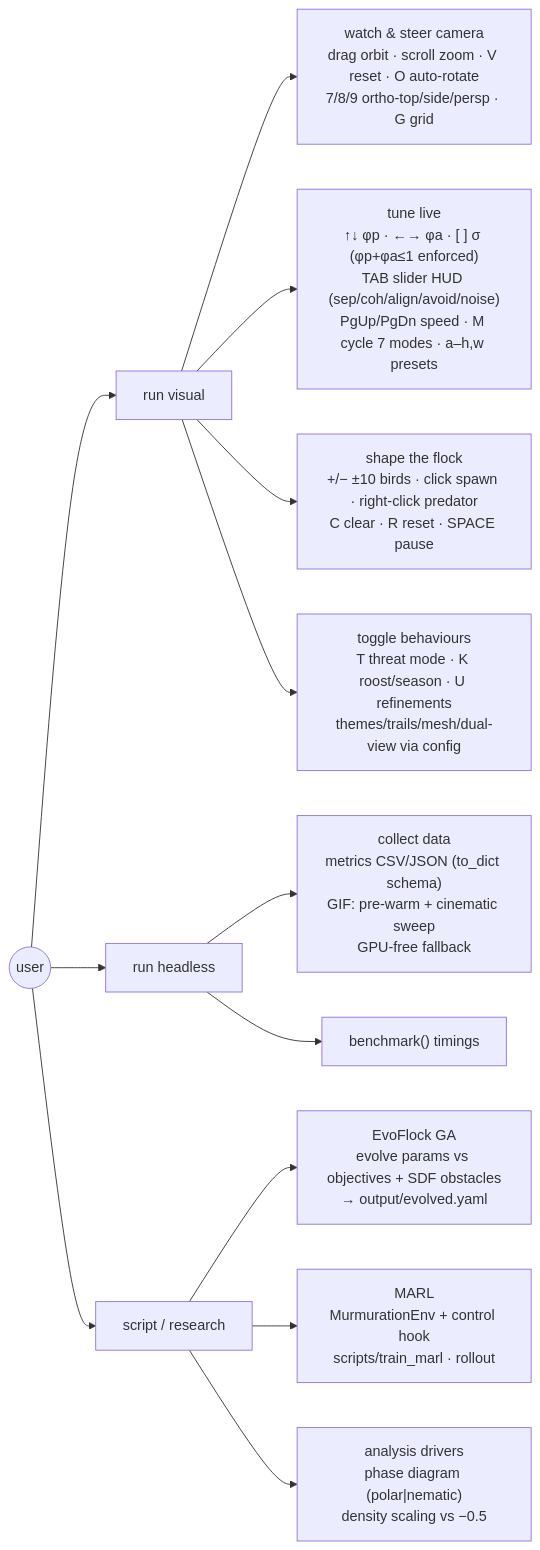
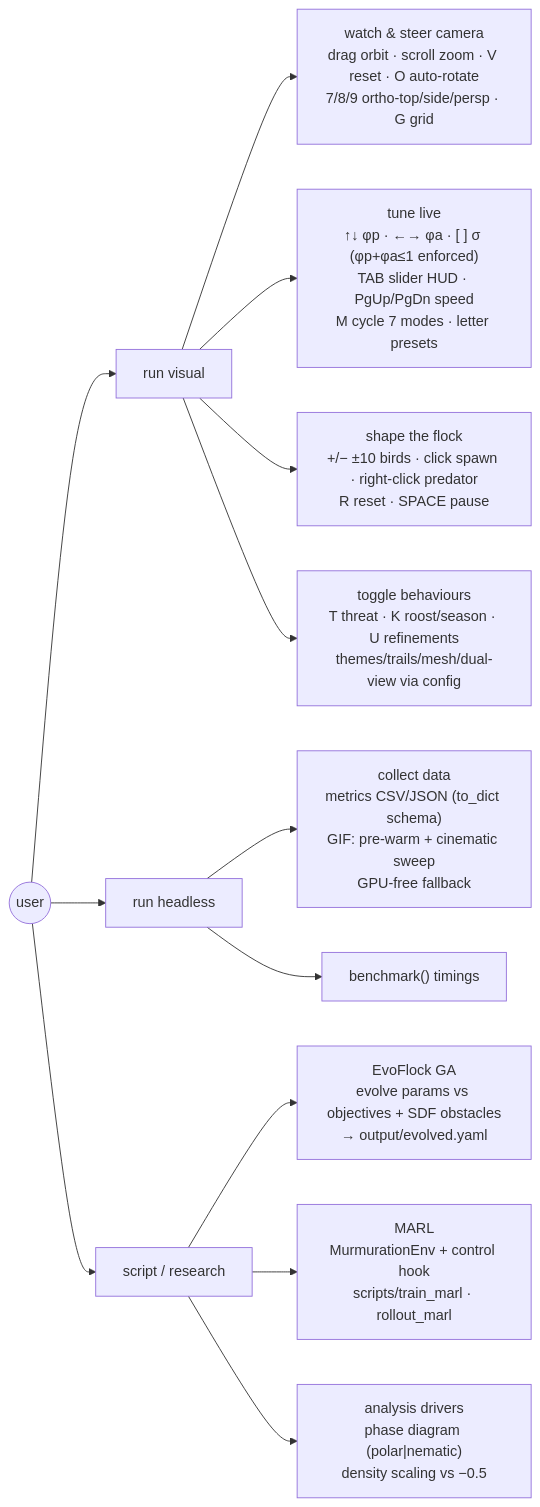
Before and after one commit to tralev/pymurmur: the third of 3 diagrams in arch.md, drawn with Mermaid. The commit also changed other lines of this file and 305 other files, not shown here.

````diff
--- a/arch.md
+++ b/arch.md
@@ -432,18 +477,18 @@
 ```mermaid
 flowchart LR
     U((user)) --> RUNV["run visual"]
     U --> RUNH["run headless"]
     U --> SCRIPT["script / research"]
 
     RUNV --> WATCH["watch & steer camera<br/>drag orbit · scroll zoom · V reset · O auto-rotate<br/>7/8/9 ortho-top/side/persp · G grid"]
-    RUNV --> TUNE["tune live<br/>↑↓ φp · ←→ φa · [ ] σ (φp+φa≤1 enforced)<br/>TAB slider HUD (sep/coh/align/avoid/noise)<br/>PgUp/PgDn speed · M cycle 7 modes · a–h,w presets"]
-    RUNV --> POP["shape the flock<br/>+/− ±10 birds · click spawn · right-click predator<br/>C clear · R reset · SPACE pause"]
-    RUNV --> TOG["toggle behaviours<br/>T threat mode · K roost/season · U refinements<br/>themes/trails/mesh/dual-view via config"]
+    RUNV --> TUNE["tune live<br/>↑↓ φp · ←→ φa · [ ] σ (φp+φa≤1 enforced)<br/>TAB slider HUD · PgUp/PgDn speed<br/>M cycle 7 modes · letter presets"]
+    RUNV --> POP["shape the flock<br/>+/− ±10 birds · click spawn · right-click predator<br/>R reset · SPACE pause"]
+    RUNV --> TOG["toggle behaviours<br/>T threat · K roost/season · U refinements<br/>themes/trails/mesh/dual-view via config"]
 
     RUNH --> DATA["collect data<br/>metrics CSV/JSON (to_dict schema)<br/>GIF: pre-warm + cinematic sweep<br/>GPU-free fallback"]
     RUNH --> BENCH["benchmark() timings"]
 
     SCRIPT --> EVO["EvoFlock GA<br/>evolve params vs objectives + SDF obstacles<br/>→ output/evolved.yaml"]
-    SCRIPT --> RL["MARL<br/>MurmurationEnv + control hook<br/>scripts/train_marl · rollout"]
+    SCRIPT --> RL["MARL<br/>MurmurationEnv + control hook<br/>scripts/train_marl · rollout_marl"]
     SCRIPT --> SWEEP["analysis drivers<br/>phase diagram (polar|nematic)<br/>density scaling vs −0.5"]
 ```
````
